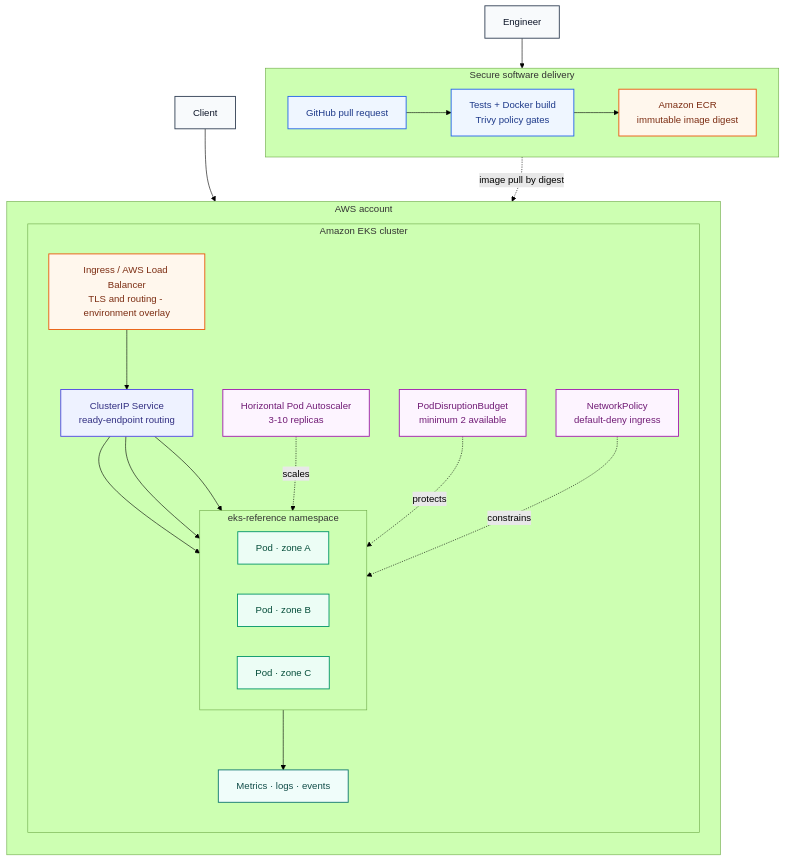
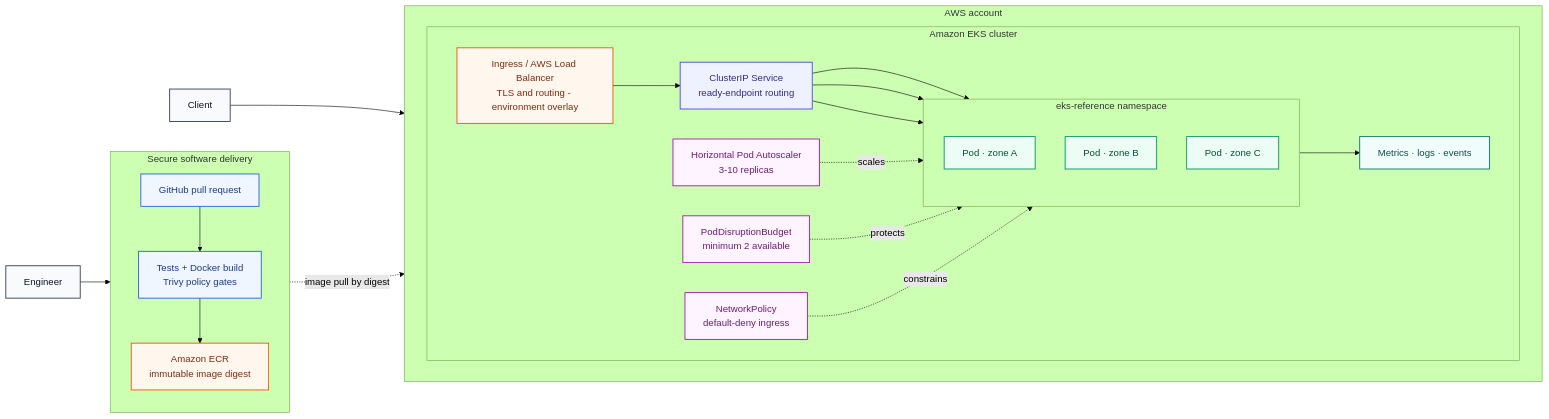
One commit to AdeoyeEmmanuel2020/Containerized-App-Deployment-on-Amazon-EKS changed the diagram in README.md. Above: the diagram before and after it, drawn with Mermaid (forest theme).

Commit message:
Balance architecture diagram for landscape rendering

````diff
--- a/README.md
+++ b/README.md
@@ -15,54 +15,54 @@
 ```mermaid
-flowchart TB
+flowchart LR
     classDef actor fill:#F8FAFC,stroke:#334155,stroke-width:1.5px,color:#0F172A
     classDef delivery fill:#EFF6FF,stroke:#2563EB,stroke-width:1.5px,color:#1E3A8A
     classDef aws fill:#FFF7ED,stroke:#EA580C,stroke-width:1.5px,color:#7C2D12
     classDef k8s fill:#EEF2FF,stroke:#4F46E5,stroke-width:1.5px,color:#312E81
     classDef workload fill:#ECFDF5,stroke:#059669,stroke-width:1.5px,color:#064E3B
     classDef control fill:#FDF4FF,stroke:#A21CAF,stroke-width:1.5px,color:#701A75
     classDef observe fill:#F0FDFA,stroke:#0F766E,stroke-width:1.5px,color:#134E4A
 
     DEV[Engineer]:::actor
     USER[Client]:::actor
 
     subgraph DELIVERY[Secure software delivery]
-        direction LR
+        direction TB
         GH[GitHub pull request]:::delivery
         CI[Tests + Docker build<br/>Trivy policy gates]:::delivery
         ECR[Amazon ECR<br/>immutable image digest]:::aws
         GH --> CI --> ECR
     end
 
     subgraph AWS[AWS account]
-        direction TB
+        direction LR
         EDGE[Ingress / AWS Load Balancer<br/>TLS and routing - environment overlay]:::aws
 
         subgraph EKS[Amazon EKS cluster]
-            direction TB
+            direction LR
             SVC[ClusterIP Service<br/>ready-endpoint routing]:::k8s
 
             subgraph WORKLOAD[eks-reference namespace]
-                direction LR
+                direction TB
                 P1[Pod · zone A]:::workload
                 P2[Pod · zone B]:::workload
                 P3[Pod · zone C]:::workload
             end
 
             HPA[Horizontal Pod Autoscaler<br/>3-10 replicas]:::control
             PDB[PodDisruptionBudget<br/>minimum 2 available]:::control
             NP[NetworkPolicy<br/>default-deny ingress]:::control
             OBS[Metrics · logs · events]:::observe
 
             EDGE --> SVC
             SVC --> P1 & P2 & P3
             HPA -. scales .-> WORKLOAD
             PDB -. protects .-> WORKLOAD
             NP -. constrains .-> WORKLOAD
             WORKLOAD --> OBS
         end
     end
 
     DEV --> GH
     ECR -. image pull by digest .-> WORKLOAD
     USER --> EDGE
 ```
````
